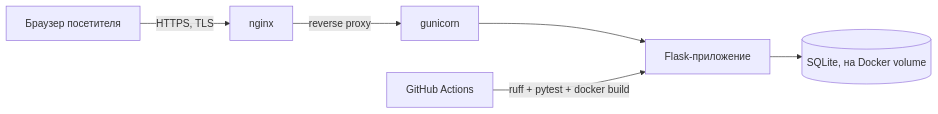
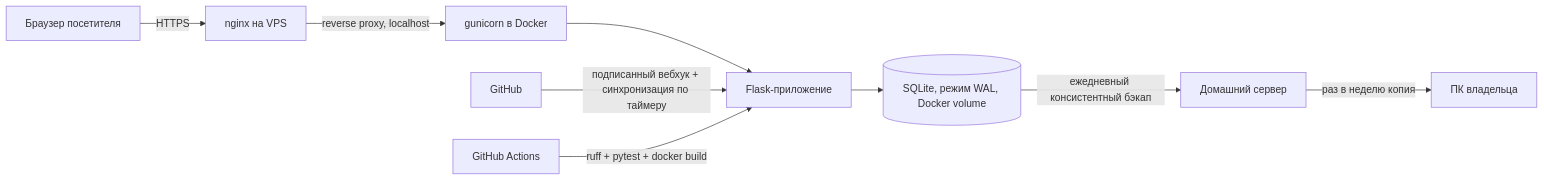
The diagram in README.ru.md (Itegin/pygodevops-guide-showcase), drawn with Mermaid before and after one commit. The commit also changed other lines of this file and 1 other file, not shown here.

Commit message:
Showcase: current site (VPS, GitHub showcase, EN page), drop outdated home-server story

````diff
--- a/README.ru.md
+++ b/README.ru.md
@@ -48,8 +51,11 @@
 ```mermaid
 flowchart LR
-    U[Браузер посетителя] -->|HTTPS, TLS| N[nginx]
-    N -->|reverse proxy| G[gunicorn]
+    U[Браузер посетителя] -->|HTTPS| N[nginx на VPS]
+    N -->|reverse proxy, localhost| G[gunicorn в Docker]
     G --> F[Flask-приложение]
-    F --> DB[(SQLite, на Docker volume)]
+    F --> DB[(SQLite, режим WAL, Docker volume)]
+    GH[GitHub] -->|подписанный вебхук + синхронизация по таймеру| F
+    DB -->|ежедневный консистентный бэкап| H[Домашний сервер]
+    H -->|раз в неделю копия| P[ПК владельца]
     CI[GitHub Actions] -->|ruff + pytest + docker build| F
 ```
````
